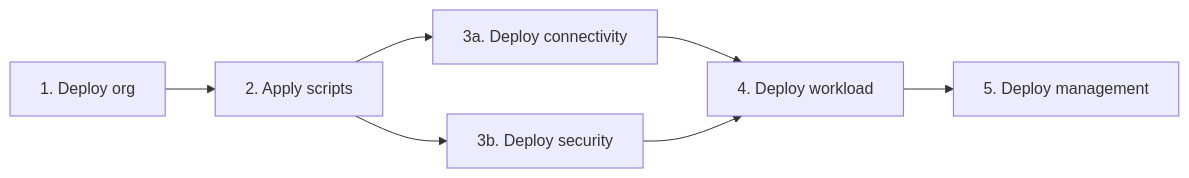
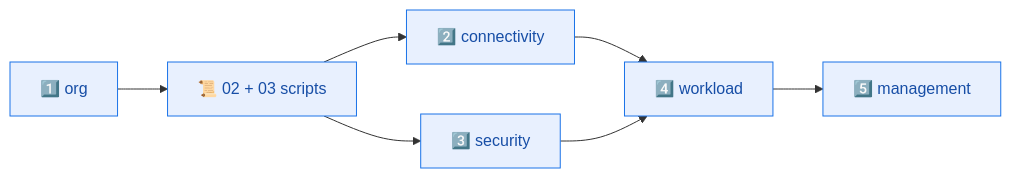
The second of 2 diagrams in docs/deployment.md (sontxdev04/Landing-Zone-GCP), drawn with Mermaid before and after one commit. The commit also changed other lines of this file, not shown here.

````diff
--- a/docs/deployment.md
+++ b/docs/deployment.md
@@ -91,9 +299,11 @@
 ```mermaid
-graph LR
-    org[1. Deploy org] --> postOrg[2. Apply scripts]
-    postOrg --> conn[3a. Deploy connectivity]
-    postOrg --> sec[3b. Deploy security]
-    conn --> wl[4. Deploy workload]
+flowchart LR
+    org["1️⃣ org"] --> scripts["📜 02 + 03 scripts"]
+    scripts --> conn["2️⃣ connectivity"]
+    scripts --> sec["3️⃣ security"]
+    conn --> wl["4️⃣ workload"]
     sec --> wl
-    wl --> mgmt[5. Deploy management]
+    wl --> mgmt["5️⃣ management"]
+    classDef s fill:#e8f0fe,stroke:#1a73e8,color:#174ea6;
+    class org,scripts,conn,sec,wl,mgmt s;
 ```
````
